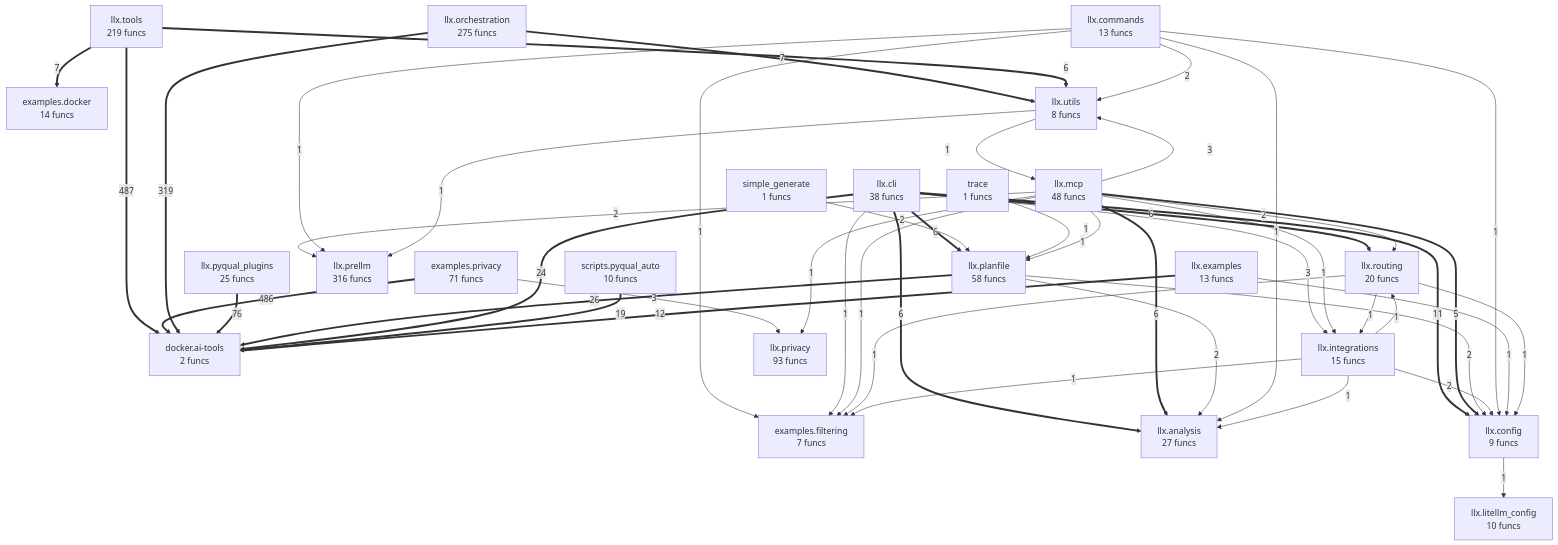
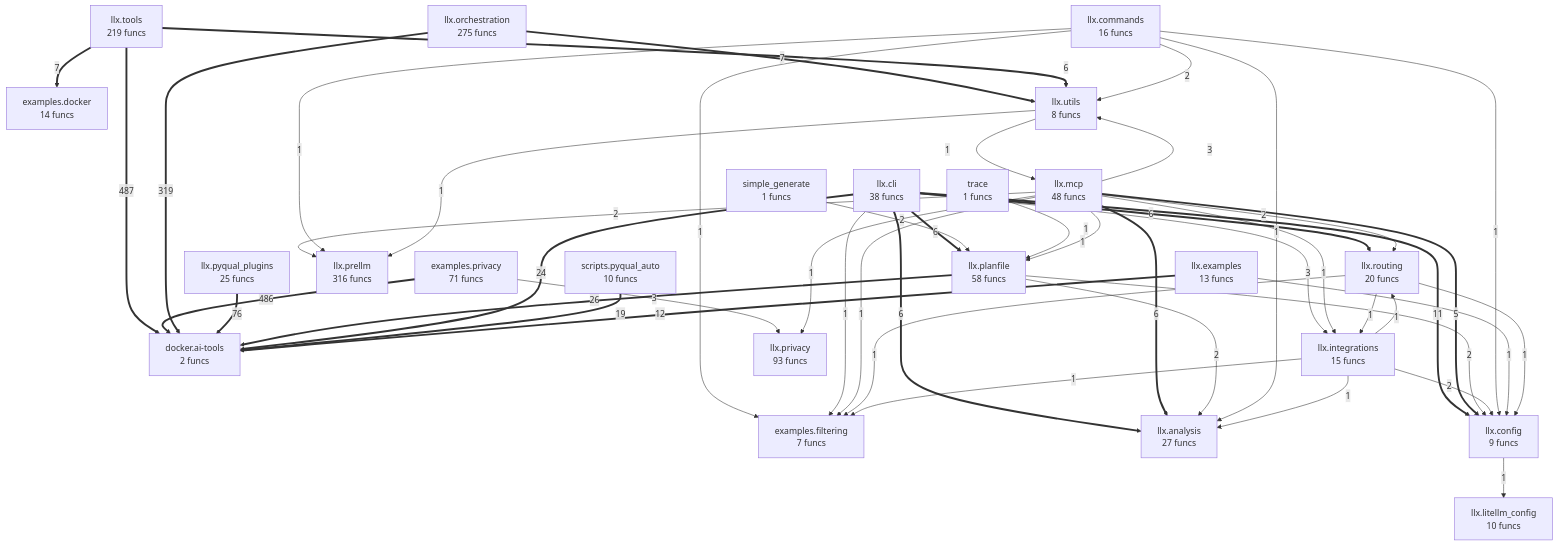
The diagram in project/compact_flow.mmd (semcod/llx), drawn with Mermaid before and after one commit. The commit also changed 19 other files, not shown here.

```diff
--- a/project/compact_flow.mmd
+++ b/project/compact_flow.mmd
@@ -1,71 +1,71 @@
 flowchart TD
     docker__ai_tools["docker.ai-tools<br/>2 funcs"]
     examples__docker["examples.docker<br/>14 funcs"]
     examples__filtering["examples.filtering<br/>7 funcs"]
     examples__privacy["examples.privacy<br/>71 funcs"]
     llx__analysis["llx.analysis<br/>27 funcs"]
     llx__cli["llx.cli<br/>38 funcs"]
-    llx__commands["llx.commands<br/>13 funcs"]
+    llx__commands["llx.commands<br/>16 funcs"]
     llx__config["llx.config<br/>9 funcs"]
     llx__examples["llx.examples<br/>13 funcs"]
     llx__integrations["llx.integrations<br/>15 funcs"]
     llx__litellm_config["llx.litellm_config<br/>10 funcs"]
     llx__mcp["llx.mcp<br/>48 funcs"]
     llx__orchestration["llx.orchestration<br/>275 funcs"]
     llx__planfile["llx.planfile<br/>58 funcs"]
     llx__prellm["llx.prellm<br/>316 funcs"]
     llx__privacy["llx.privacy<br/>93 funcs"]
     llx__pyqual_plugins["llx.pyqual_plugins<br/>25 funcs"]
     llx__routing["llx.routing<br/>20 funcs"]
     llx__tools["llx.tools<br/>219 funcs"]
     llx__utils["llx.utils<br/>8 funcs"]
     scripts__pyqual_auto["scripts.pyqual_auto<br/>10 funcs"]
     simple_generate["simple_generate<br/>1 funcs"]
     trace["trace<br/>1 funcs"]
     llx__tools ==>|487| docker__ai_tools
     examples__privacy ==>|486| docker__ai_tools
     llx__orchestration ==>|319| docker__ai_tools
     llx__pyqual_plugins ==>|76| docker__ai_tools
     llx__planfile ==>|26| docker__ai_tools
     llx__cli ==>|24| docker__ai_tools
     scripts__pyqual_auto ==>|19| docker__ai_tools
     llx__examples ==>|12| docker__ai_tools
     llx__cli ==>|11| llx__config
     llx__tools ==>|7| examples__docker
     llx__orchestration ==>|7| llx__utils
     llx__tools ==>|6| llx__utils
+    llx__cli ==>|6| llx__planfile
     llx__cli ==>|6| llx__analysis
-    llx__cli ==>|6| llx__planfile
     llx__cli ==>|6| llx__routing
     llx__mcp ==>|6| llx__analysis
     llx__mcp ==>|5| llx__config
     examples__privacy -->|3| llx__privacy
     llx__cli -->|3| llx__integrations
     llx__mcp -->|3| llx__utils
     simple_generate -->|2| llx__planfile
     llx__commands -->|2| llx__utils
     llx__planfile -->|2| llx__config
     llx__planfile -->|2| llx__analysis
     llx__mcp -->|2| llx__routing
     llx__mcp -->|2| llx__prellm
     llx__integrations -->|2| llx__config
     trace -->|1| llx__planfile
     llx__config -->|1| llx__litellm_config
     llx__commands -->|1| llx__analysis
     llx__commands -->|1| llx__config
     llx__commands -->|1| llx__prellm
     llx__commands -->|1| examples__filtering
     llx__examples -->|1| llx__config
     llx__cli -->|1| examples__filtering
     llx__utils -->|1| llx__mcp
     llx__utils -->|1| llx__prellm
     llx__mcp -->|1| examples__filtering
     llx__mcp -->|1| llx__integrations
     llx__mcp -->|1| llx__planfile
     llx__mcp -->|1| llx__privacy
     llx__routing -->|1| llx__config
     llx__routing -->|1| examples__filtering
     llx__routing -->|1| llx__integrations
     llx__integrations -->|1| examples__filtering
     llx__integrations -->|1| llx__analysis
     llx__integrations -->|1| llx__routing
```
